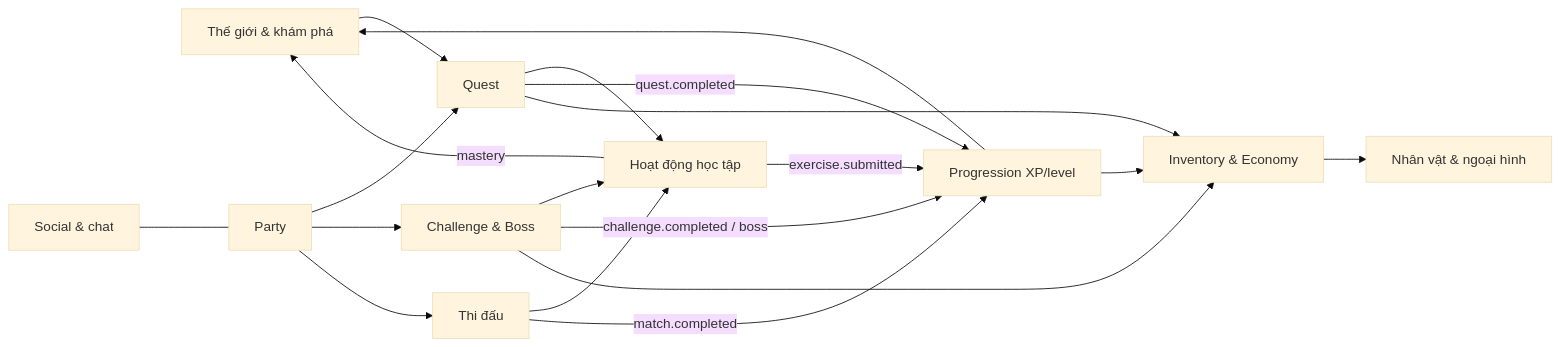
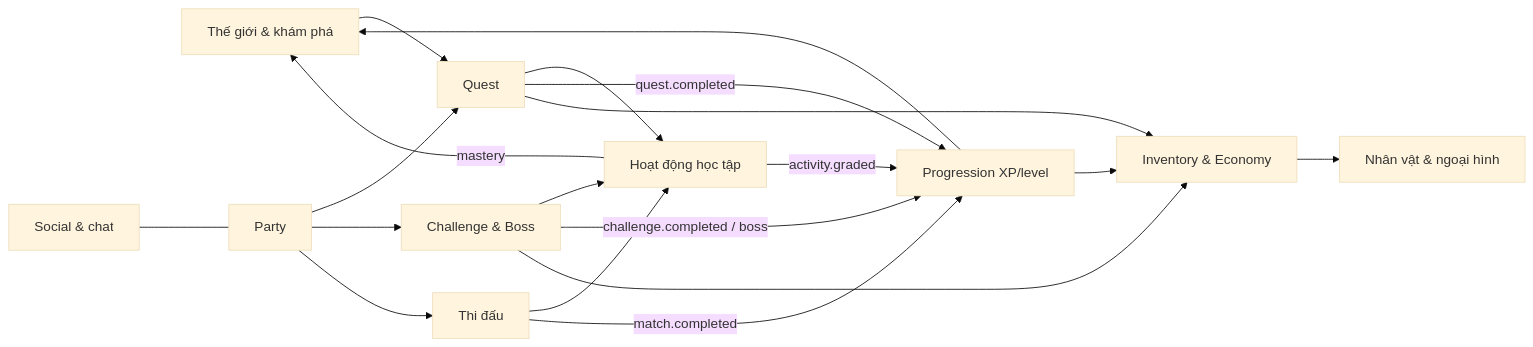
One commit to tanguyen2020/eduworld-platform changed the fourth of 4 diagrams in docs/01-game-design/GAME_DESIGN.md. Above: the diagram before and after it, drawn with Mermaid (base theme). The commit also changed other lines of this file and 922 other files, not shown here.

````diff
--- a/docs/01-game-design/GAME_DESIGN.md
+++ b/docs/01-game-design/GAME_DESIGN.md
@@ -211,21 +213,21 @@
 ```mermaid
 flowchart LR
   W[Thế giới & khám phá] --> Q[Quest]
   Q --> ACT[Hoạt động học tập]
   CH[Challenge & Boss] --> ACT
   CMP[Thi đấu] --> ACT
-  ACT -->|"exercise.submitted"| PRG[Progression XP/level]
+  ACT -->|"activity.graded"| PRG[Progression XP/level]
   Q -->|"quest.completed"| PRG
   CH -->|"challenge.completed / boss"| PRG
   CMP -->|"match.completed"| PRG
   PRG --> ECO[Inventory & Economy]
   Q --> ECO
   CH --> ECO
   ECO --> CHR[Nhân vật & ngoại hình]
   PRG --> W
   ACT -->|mastery| W
   PTY[Party] --> Q
   PTY --> CH
   PTY --> CMP
   SOC[Social & chat] --- PTY
 ```
````
